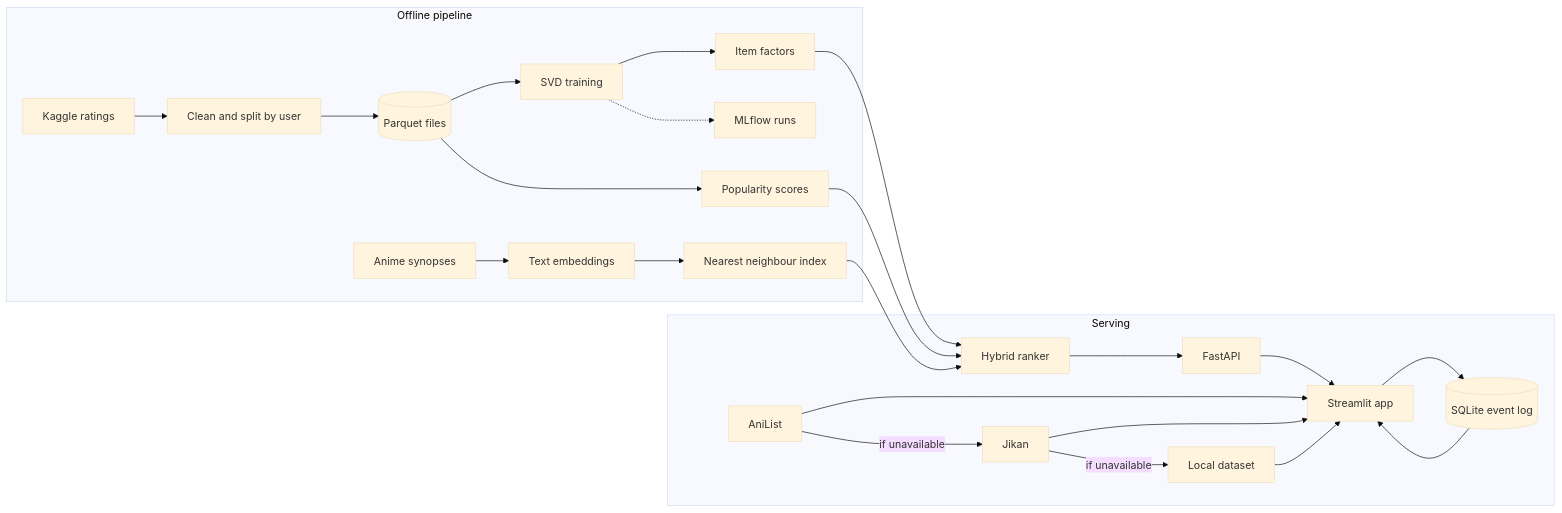
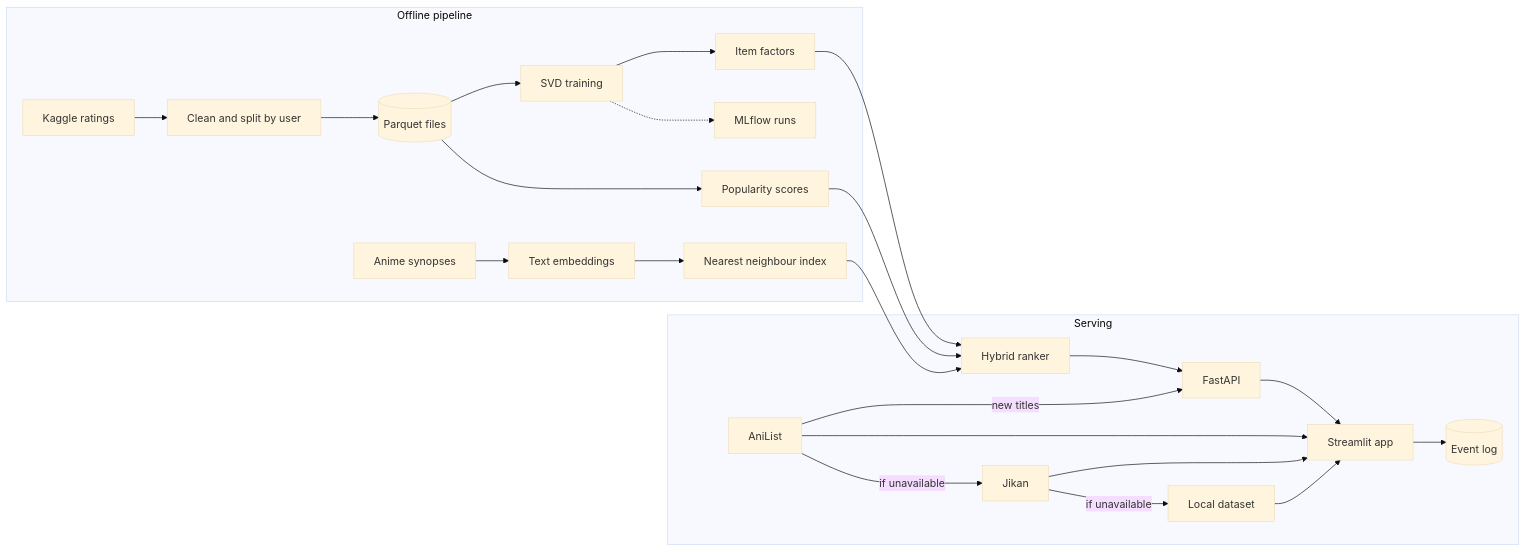
The diagram in README.md (mayankbungla/Anime_recommender), drawn with Mermaid (base theme) before and after one commit. The commit also changed other lines of this file and 2 other files, not shown here.

Commit message:
docs: add CI badge, contributing section, refresh README and diagram

````diff
--- a/README.md
+++ b/README.md
@@ -31,28 +32,28 @@
 ```mermaid
 flowchart LR
   subgraph offline [Offline pipeline]
     A[Kaggle ratings] --> B[Clean and split by user]
     B --> C[(Parquet files)]
     C --> D[SVD training]
     D --> E[Item factors]
     D -.-> M[MLflow runs]
     C --> F[Popularity scores]
     S[Anime synopses] --> H[Text embeddings]
     H --> I[Nearest neighbour index]
   end
 
   subgraph serving [Serving]
     E --> R[Hybrid ranker]
     F --> R
     I --> R
     R --> API[FastAPI]
     API --> UI[Streamlit app]
     AL[AniList] -->|if unavailable| JK[Jikan]
     JK -->|if unavailable| LD[Local dataset]
     AL --> UI
     JK --> UI
     LD --> UI
-    UI --> LOG[(SQLite event log)]
-    LOG --> UI
+    UI --> LOG[(Event log)]
+    AL -->|new titles| API
   end
 ```
````
